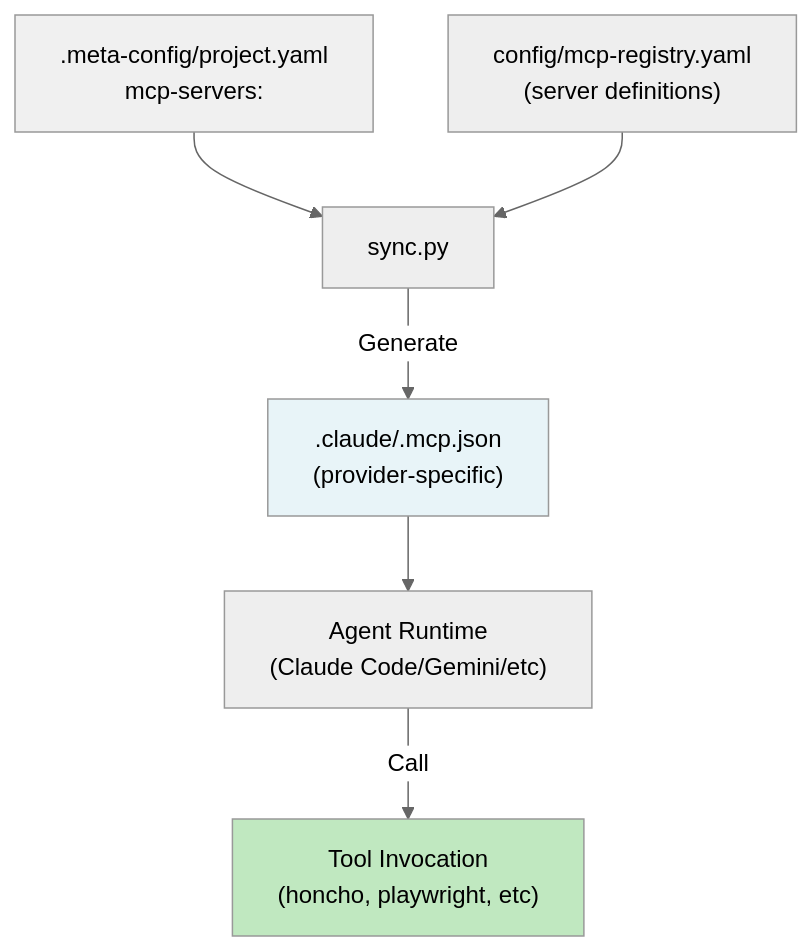
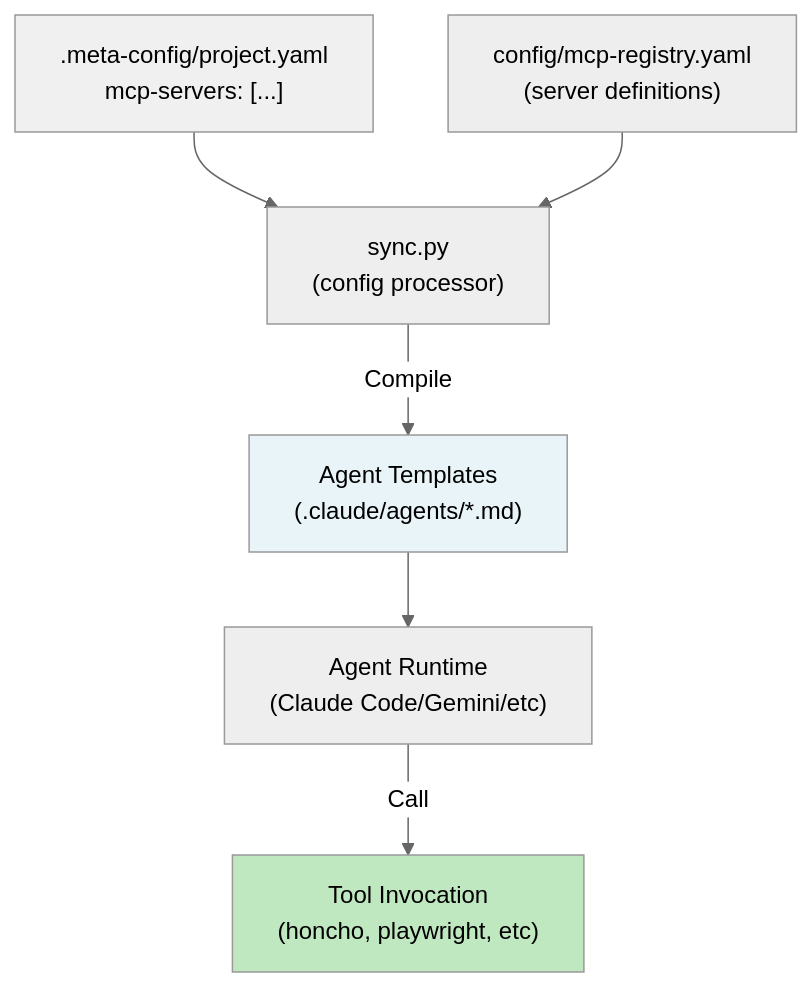
The first of 2 diagrams in docs/architecture/10-mcp-and-admin-ui.md (Popoboxxo/agent-meta), drawn with Mermaid (neutral theme) before and after one commit. The commit also changed other lines of this file and 3 other files, not shown here.

````diff
--- a/docs/architecture/10-mcp-and-admin-ui.md
+++ b/docs/architecture/10-mcp-and-admin-ui.md
@@ -11,19 +11,19 @@
 ```mermaid
 flowchart TD
-    YAML[".meta-config/project.yaml<br/>mcp-servers:"]
-    SYNC["sync.py"]
+    YAML[".meta-config/project.yaml<br/>mcp-servers: [...]"]
+    SYNC["sync.py<br/>(config processor)"]
     REG["config/mcp-registry.yaml<br/>(server definitions)"]
-    MCPJSON[".claude/.mcp.json<br/>(provider-specific)"]
+    AGENTS["Agent Templates<br/>(.claude/agents/*.md)"]
     RUNTIME["Agent Runtime<br/>(Claude Code/Gemini/etc)"]
     TOOL["Tool Invocation<br/>(honcho, playwright, etc)"]
     
     YAML --> SYNC
     REG --> SYNC
-    SYNC -->|Generate| MCPJSON
-    MCPJSON --> RUNTIME
+    SYNC -->|Compile| AGENTS
+    AGENTS --> RUNTIME
     RUNTIME -->|Call| TOOL
     
     style YAML fill:#f0f0f0
-    style MCPJSON fill:#e8f4f8
+    style AGENTS fill:#e8f4f8
     style TOOL fill:#c0e8c0
 ```
````
